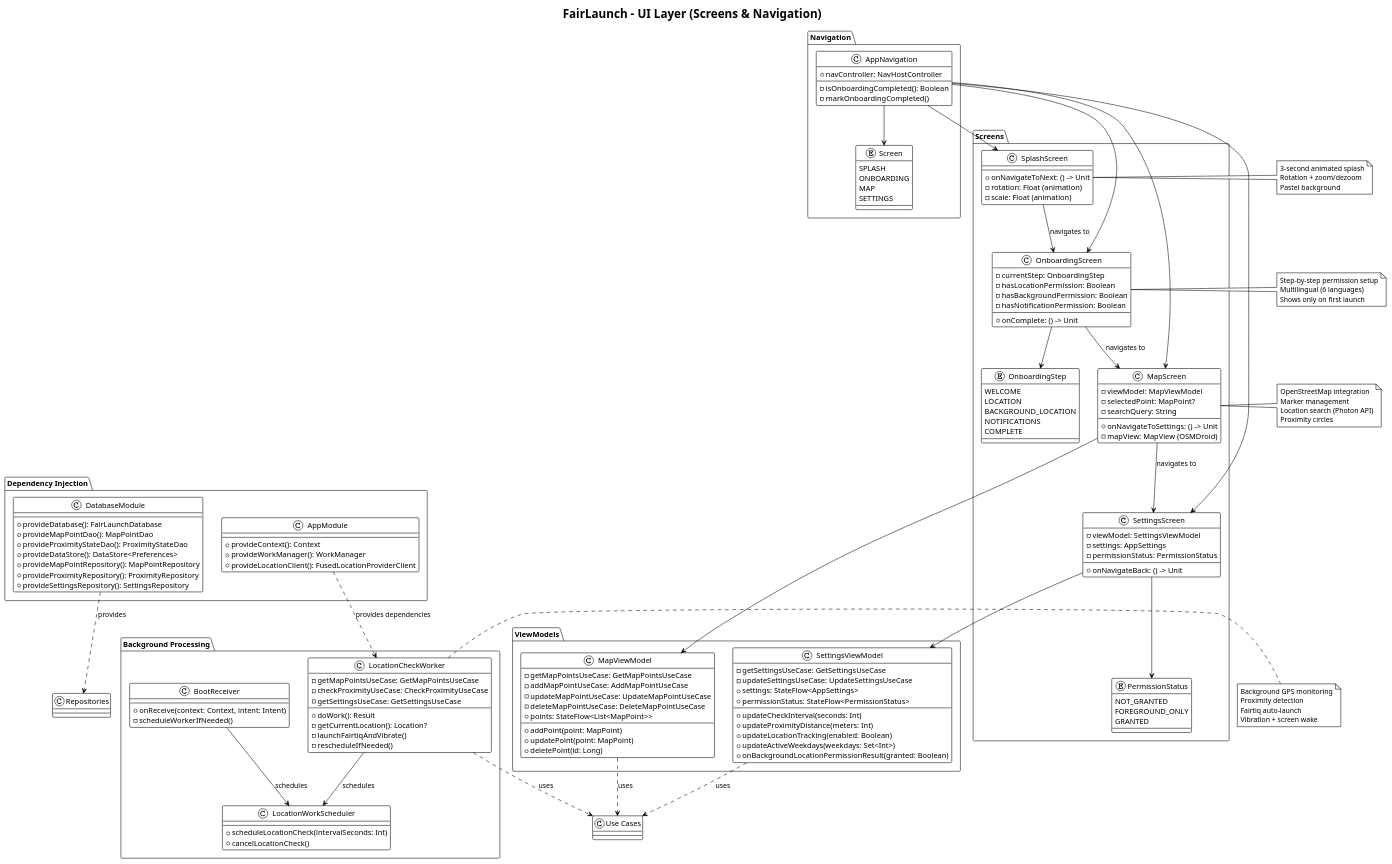
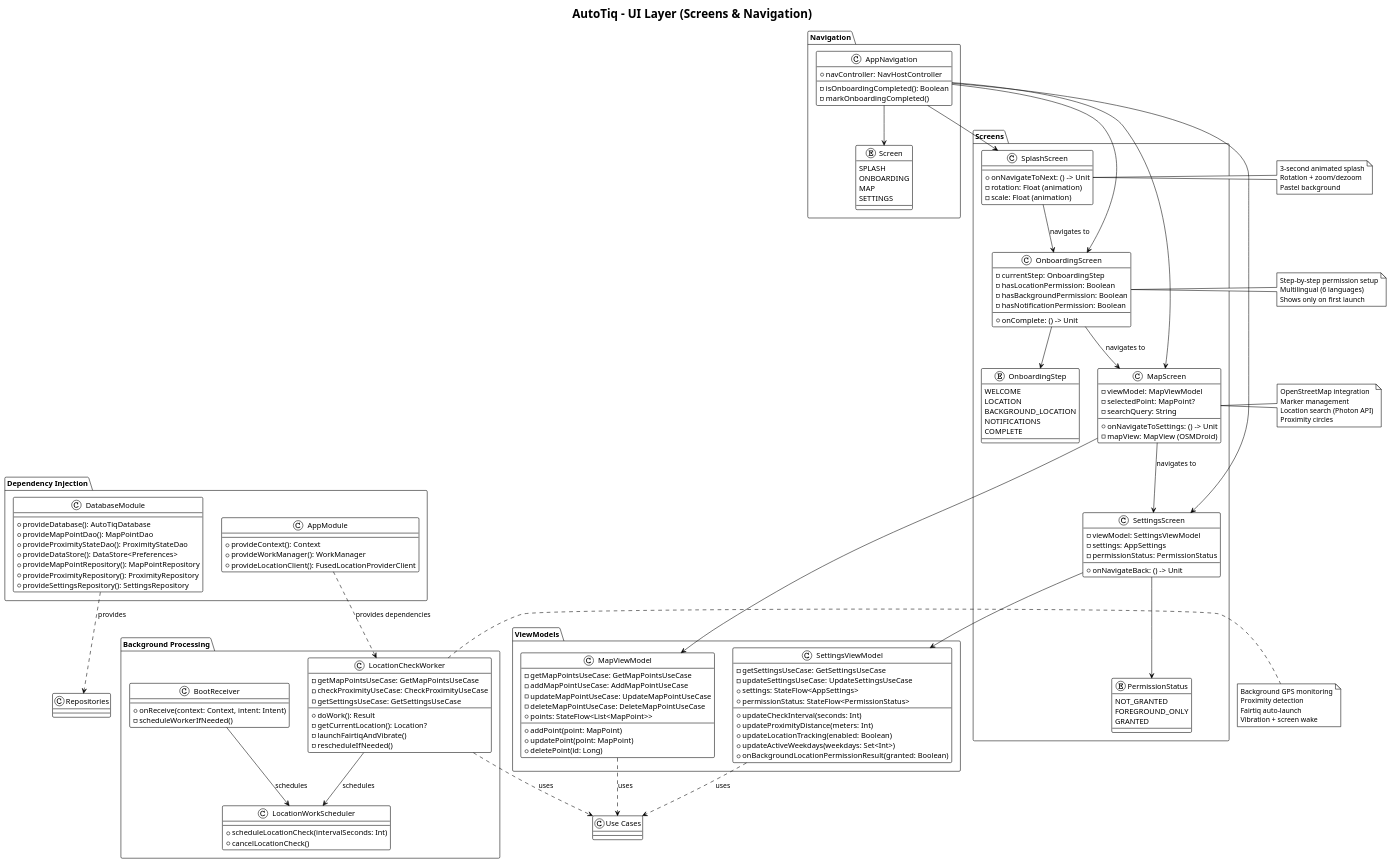
One commit to harzoglups/FairLaunch changed the diagram in docs/ui-layer.puml. Above: the diagram before and after it, drawn with PlantUML. The commit also changed 123 other files, not shown here.

First line of the commit message:
refactor: rename app from FairLaunch to AutoTiq with package com.cussou.autotiq

```diff
--- a/docs/ui-layer.puml
+++ b/docs/ui-layer.puml
@@ -1,186 +1,186 @@
-@startuml FairLaunch-UI-Layer
+@startuml AutoTiq-UI-Layer
 !theme plain
 skinparam backgroundColor #FFFFFF
 
-title FairLaunch - UI Layer (Screens & Navigation)
+title AutoTiq - UI Layer (Screens & Navigation)
 
 package "Navigation" {
   class AppNavigation {
     + navController: NavHostController
     - isOnboardingCompleted(): Boolean
     - markOnboardingCompleted()
   }
   
   enum Screen {
     SPLASH
     ONBOARDING
     MAP
     SETTINGS
   }
 }
 
 package "Screens" {
   class SplashScreen {
     + onNavigateToNext: () -> Unit
     - rotation: Float (animation)
     - scale: Float (animation)
   }
   
   class OnboardingScreen {
     + onComplete: () -> Unit
     - currentStep: OnboardingStep
     - hasLocationPermission: Boolean
     - hasBackgroundPermission: Boolean
     - hasNotificationPermission: Boolean
   }
   
   enum OnboardingStep {
     WELCOME
     LOCATION
     BACKGROUND_LOCATION
     NOTIFICATIONS
     COMPLETE
   }
   
   class MapScreen {
     + onNavigateToSettings: () -> Unit
     - viewModel: MapViewModel
     - mapView: MapView (OSMDroid)
     - selectedPoint: MapPoint?
     - searchQuery: String
   }
   
   class SettingsScreen {
     + onNavigateBack: () -> Unit
     - viewModel: SettingsViewModel
     - settings: AppSettings
     - permissionStatus: PermissionStatus
   }
   
   enum PermissionStatus {
     NOT_GRANTED
     FOREGROUND_ONLY
     GRANTED
   }
 }
 
 package "ViewModels" {
   class MapViewModel {
     - getMapPointsUseCase: GetMapPointsUseCase
     - addMapPointUseCase: AddMapPointUseCase
     - updateMapPointUseCase: UpdateMapPointUseCase
     - deleteMapPointUseCase: DeleteMapPointUseCase
     + points: StateFlow<List<MapPoint>>
     + addPoint(point: MapPoint)
     + updatePoint(point: MapPoint)
     + deletePoint(id: Long)
   }
   
   class SettingsViewModel {
     - getSettingsUseCase: GetSettingsUseCase
     - updateSettingsUseCase: UpdateSettingsUseCase
     + settings: StateFlow<AppSettings>
     + permissionStatus: StateFlow<PermissionStatus>
     + updateCheckInterval(seconds: Int)
     + updateProximityDistance(meters: Int)
     + updateLocationTracking(enabled: Boolean)
     + updateActiveWeekdays(weekdays: Set<Int>)
     + onBackgroundLocationPermissionResult(granted: Boolean)
   }
 }
 
 package "Background Processing" {
   class LocationCheckWorker {
     - getMapPointsUseCase: GetMapPointsUseCase
     - checkProximityUseCase: CheckProximityUseCase
     - getSettingsUseCase: GetSettingsUseCase
     + doWork(): Result
     - getCurrentLocation(): Location?
     - launchFairtiqAndVibrate()
     - rescheduleIfNeeded()
   }
   
   class LocationWorkScheduler {
     + scheduleLocationCheck(intervalSeconds: Int)
     + cancelLocationCheck()
   }
   
   class BootReceiver {
     + onReceive(context: Context, intent: Intent)
     - scheduleWorkerIfNeeded()
   }
 }
 
 package "Dependency Injection" {
   class AppModule {
     + provideContext(): Context
     + provideWorkManager(): WorkManager
     + provideLocationClient(): FusedLocationProviderClient
   }
   
   class DatabaseModule {
-    + provideDatabase(): FairLaunchDatabase
+    + provideDatabase(): AutoTiqDatabase
     + provideMapPointDao(): MapPointDao
     + provideProximityStateDao(): ProximityStateDao
     + provideDataStore(): DataStore<Preferences>
     + provideMapPointRepository(): MapPointRepository
     + provideProximityRepository(): ProximityRepository
     + provideSettingsRepository(): SettingsRepository
   }
 }
 
 ' Relationships
 AppNavigation --> Screen
 AppNavigation --> SplashScreen
 AppNavigation --> OnboardingScreen
 AppNavigation --> MapScreen
 AppNavigation --> SettingsScreen
 
 SplashScreen --> OnboardingScreen : navigates to
 OnboardingScreen --> MapScreen : navigates to
 MapScreen --> SettingsScreen : navigates to
 
 OnboardingScreen --> OnboardingStep
 
 MapScreen --> MapViewModel
 SettingsScreen --> SettingsViewModel
 
 SettingsScreen --> PermissionStatus
 
 LocationCheckWorker --> LocationWorkScheduler : schedules
 BootReceiver --> LocationWorkScheduler : schedules
 
 MapViewModel ..> "Use Cases" : uses
 SettingsViewModel ..> "Use Cases" : uses
 LocationCheckWorker ..> "Use Cases" : uses
 
 AppModule ..> LocationCheckWorker : provides dependencies
 DatabaseModule ..> "Repositories" : provides
 
 note right of SplashScreen
   3-second animated splash
   Rotation + zoom/dezoom
   Pastel background
 end note
 
 note right of OnboardingScreen
   Step-by-step permission setup
   Multilingual (6 languages)
   Shows only on first launch
 end note
 
 note right of MapScreen
   OpenStreetMap integration
   Marker management
   Location search (Photon API)
   Proximity circles
 end note
 
 note right of LocationCheckWorker
   Background GPS monitoring
   Proximity detection
   Fairtiq auto-launch
   Vibration + screen wake
 end note
 
 @enduml
```
